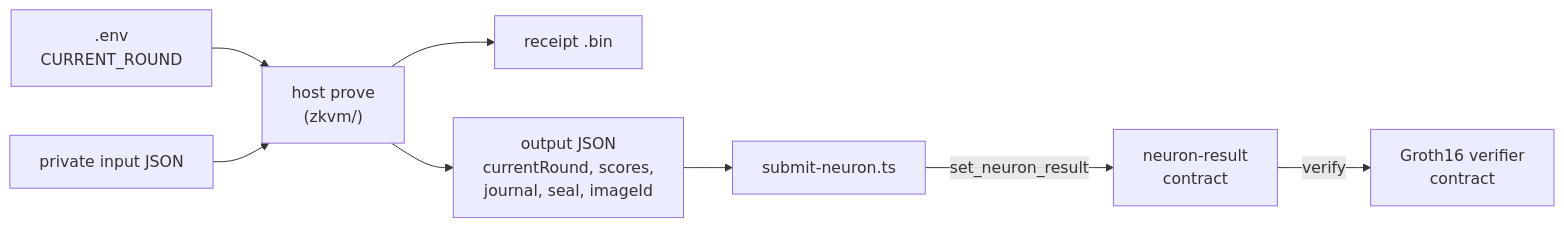
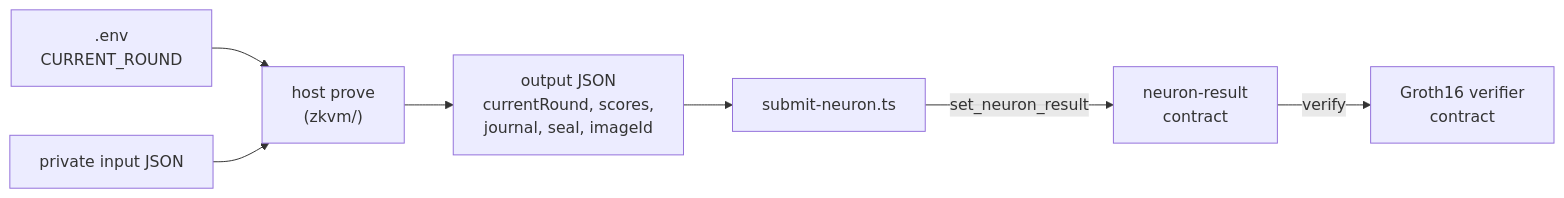
Before and after one commit to bartkrak/NQG-setup-stellar-members: the diagram in README.md, drawn with Mermaid. The commit also changed other lines of this file and 6 other files, not shown here.

````diff
--- a/README.md
+++ b/README.md
@@ -43,10 +39,9 @@
 ```mermaid
 flowchart LR
     env[".env<br/>CURRENT_ROUND"] --> host
     input["private input JSON"] --> host["host prove<br/>(zkvm/)"]
-    host --> receipt["receipt .bin"]
     host --> output["output JSON<br/>currentRound, scores,<br/>journal, seal, imageId"]
     output --> script["submit-neuron.ts"]
     script -->|set_neuron_result| contract["neuron-result<br/>contract"]
     contract -->|verify| verifier["Groth16 verifier<br/>contract"]
 ```
````
